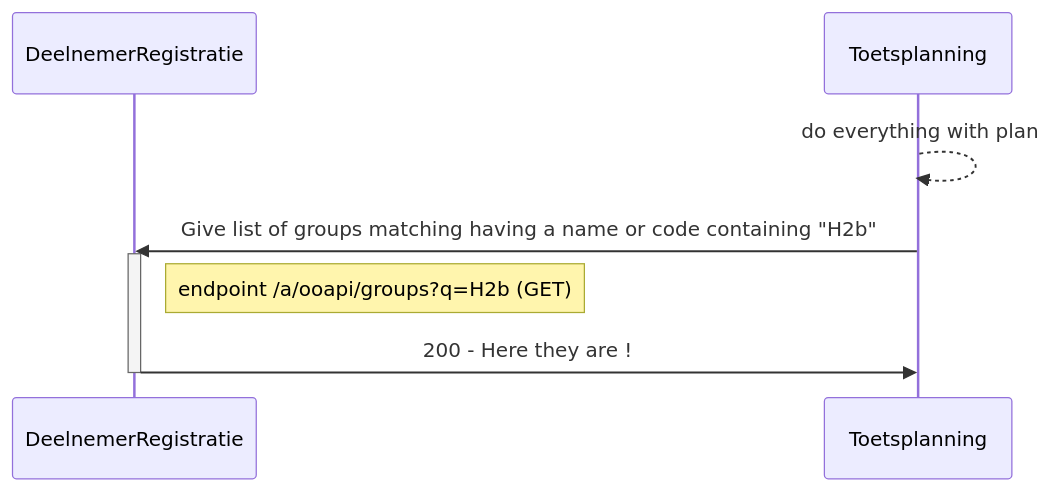
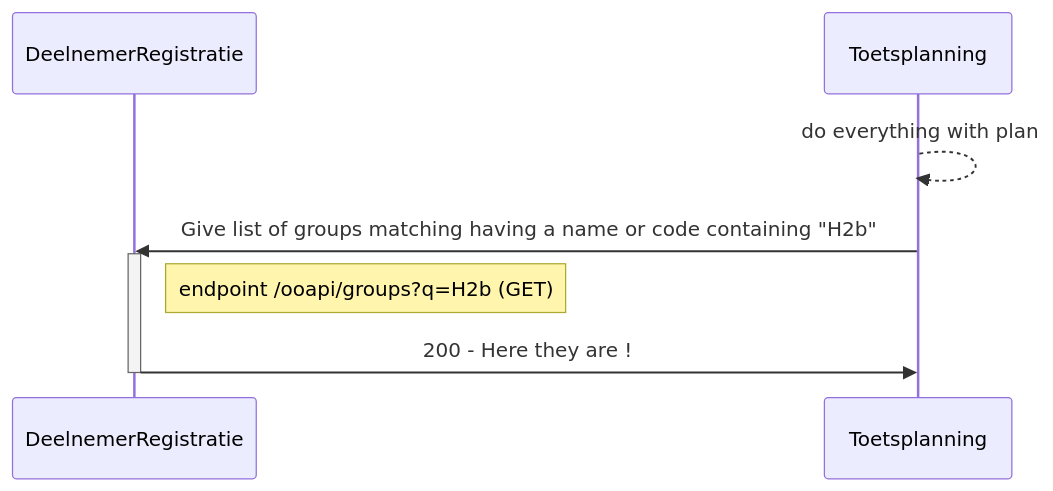
The fifth of 7 diagrams in doc/flow1.md (NetwerkExamineringDigitalisering/NED-OOAPI), drawn with Mermaid before and after one commit. The commit also changed other lines of this file and 4 other files, not shown here.

````diff
--- a/doc/flow1.md
+++ b/doc/flow1.md
@@ -316,12 +316,12 @@
 ```mermaid
 
 sequenceDiagram
     participant DeelnemerRegistratie
     participant Toetsplanning
     Toetsplanning-->>Toetsplanning: do everything with plan
     Toetsplanning->>DeelnemerRegistratie : Give list of groups matching having a name or code containing "H2b"
     activate DeelnemerRegistratie
-    Note right of DeelnemerRegistratie: endpoint /a/ooapi/groups?q=H2b (GET)
+    Note right of DeelnemerRegistratie: endpoint /ooapi/groups?q=H2b (GET)
     DeelnemerRegistratie->>Toetsplanning : 200 - Here they are !
     deactivate DeelnemerRegistratie
 ```
````
